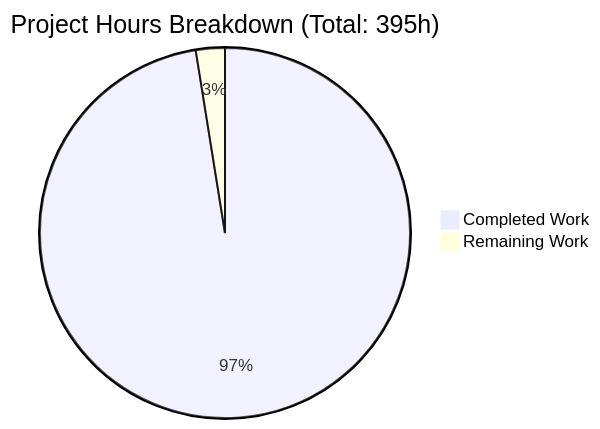
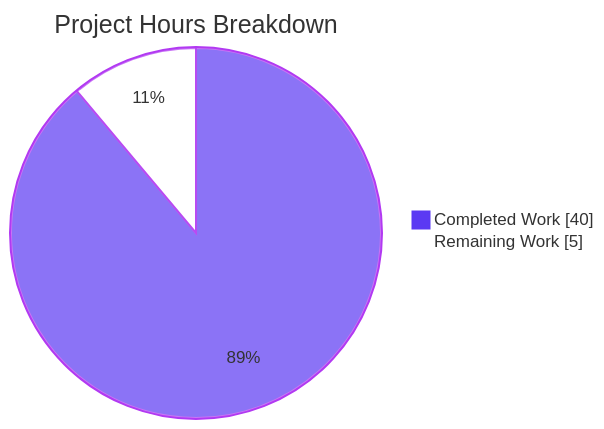
One commit to blitzy-public-samples/blitzy-dnsmasq changed the second of 3 diagrams in blitzy/documentation/Project Guide.md. Above: the diagram before and after it, drawn with Mermaid. The commit also changed other lines of this file, not shown here.

Commit message:
Adding Blitzy Project Guide: Project Status and Human Tasks Remaining

````diff
--- a/blitzy/documentation/Project Guide.md
+++ b/blitzy/documentation/Project Guide.md
@@ -33,5 +208,6 @@
 ```mermaid
-pie title Project Hours Breakdown (Total: 395h)
-    "Completed Work" : 385
-    "Remaining Work" : 10
+%%{init: {'theme':'base','themeVariables':{'pie1':'#5B39F3','pie2':'#FFFFFF','pieStrokeColor':'#B23AF2','pieOuterStrokeColor':'#B23AF2','pieSectionTextColor':'#333333'}}}%%
+pie showData title Project Hours Breakdown
+    "Completed Work" : 40
+    "Remaining Work" : 5
 ```
````
